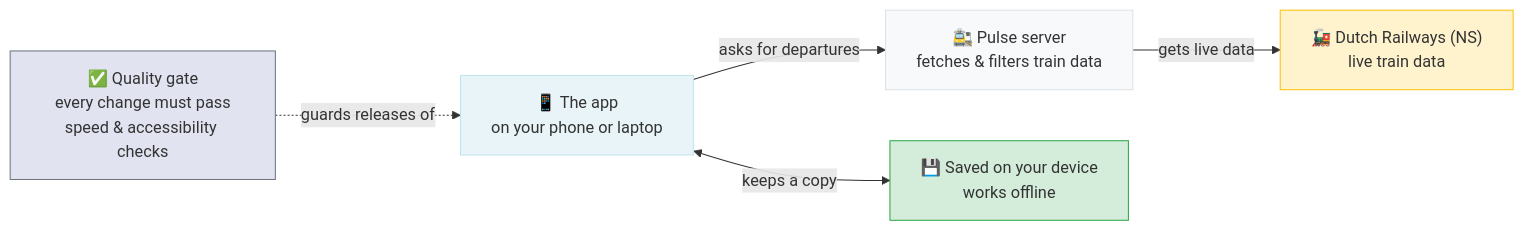
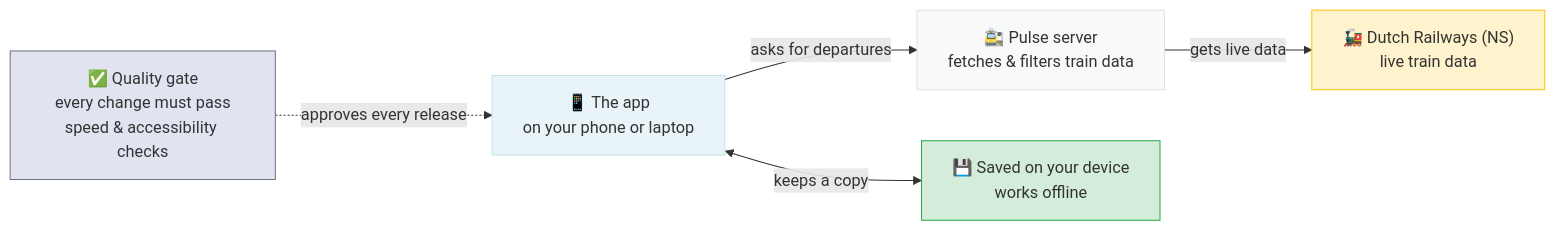
One commit to julianaijal/pulse changed the first of 2 diagrams in README.md. Above: the diagram before and after it, drawn with Mermaid. The commit also changed other lines of this file, not shown here.

````diff
--- a/README.md
+++ b/README.md
@@ -49,19 +49,19 @@
 ```mermaid
 graph LR
     APP["📱 The app<br/>on your phone or laptop"]
     SRV["🚉 Pulse server<br/>fetches & filters train data"]
     NS["🚂 Dutch Railways (NS)<br/>live train data"]
     SAVE["💾 Saved on your device<br/>works offline"]
     GATE["✅ Quality gate<br/>every change must pass<br/>speed & accessibility checks"]
 
     APP -->|"asks for departures"| SRV
     SRV -->|"gets live data"| NS
     APP <-->|"keeps a copy"| SAVE
-    GATE -.->|"guards releases of"| APP
+    GATE -.->|"approves every release"| APP
 
     style APP fill:#e8f4f8,stroke:#bee5eb
     style SRV fill:#f8f9fa,stroke:#dee2e6
     style NS fill:#fff3cd,stroke:#ffc107
     style SAVE fill:#d4edda,stroke:#28a745
     style GATE fill:#e2e3f1,stroke:#6c757d
 ```
````
